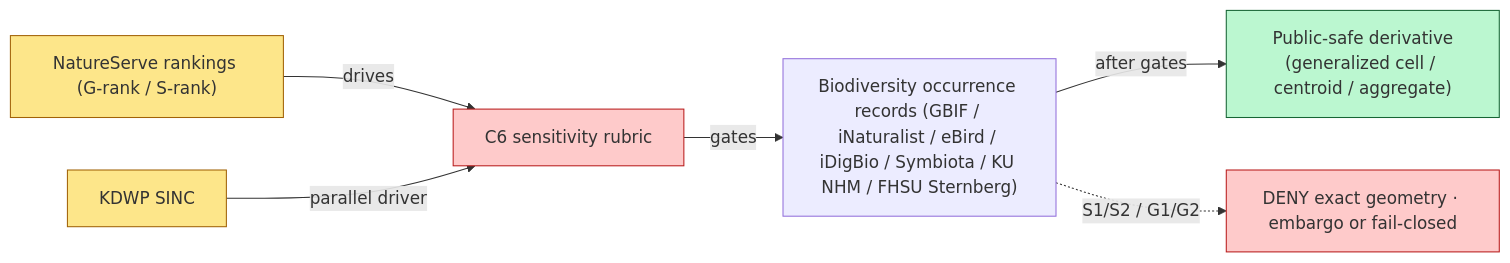
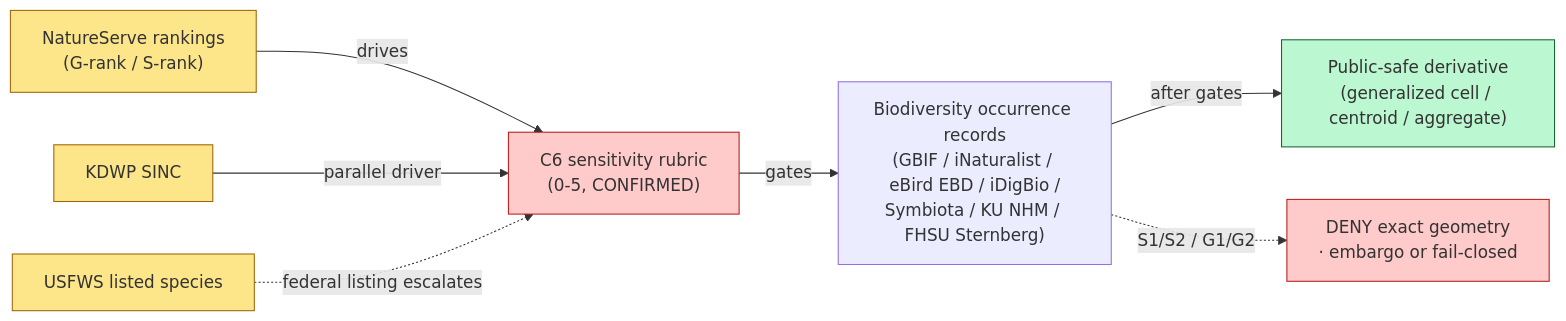
Before and after one commit to bartytime4life/Kansas-Frontier-Matrix: the first of 2 diagrams in docs/sources/catalog/natureserve/README.md, drawn with Mermaid. The commit also changed other lines of this file, not shown here.

````diff
--- a/docs/sources/catalog/natureserve/README.md
+++ b/docs/sources/catalog/natureserve/README.md
@@ -105,14 +124,15 @@
 ```mermaid
 flowchart LR
-  A["NatureServe rankings (G-rank / S-rank)"] -->|drives| C6["C6 sensitivity rubric"]
-  C6 -->|gates| OCC["Biodiversity occurrence records (GBIF / iNaturalist / eBird / iDigBio / Symbiota / KU NHM / FHSU Sternberg)"]
-  K[KDWP SINC] -->|parallel driver| C6
+  A["NatureServe rankings<br/>(G-rank / S-rank)"] -->|drives| C6["C6 sensitivity rubric<br/>(0-5, CONFIRMED)"]
+  C6 -->|gates| OCC["Biodiversity occurrence records<br/>(GBIF / iNaturalist / eBird EBD / iDigBio /<br/>Symbiota / KU NHM / FHSU Sternberg)"]
+  K["KDWP SINC"] -->|parallel driver| C6
+  USFWS["USFWS listed species"] -.->|federal listing escalates| C6
   OCC -->|after gates| REL["Public-safe derivative<br/>(generalized cell / centroid / aggregate)"]
-  OCC -.->|S1/S2 / G1/G2| DENY["DENY exact geometry · embargo or fail-closed"]
+  OCC -.->|S1/S2 / G1/G2| DENY["DENY exact geometry<br/>· embargo or fail-closed"]
   classDef driver fill:#fde68a,stroke:#a16207;
   classDef gate fill:#fecaca,stroke:#b91c1c;
   classDef out fill:#bbf7d0,stroke:#166534;
-  class A,K driver;
+  class A,K,USFWS driver;
   class C6,DENY gate;
   class REL out;
 ```
````
